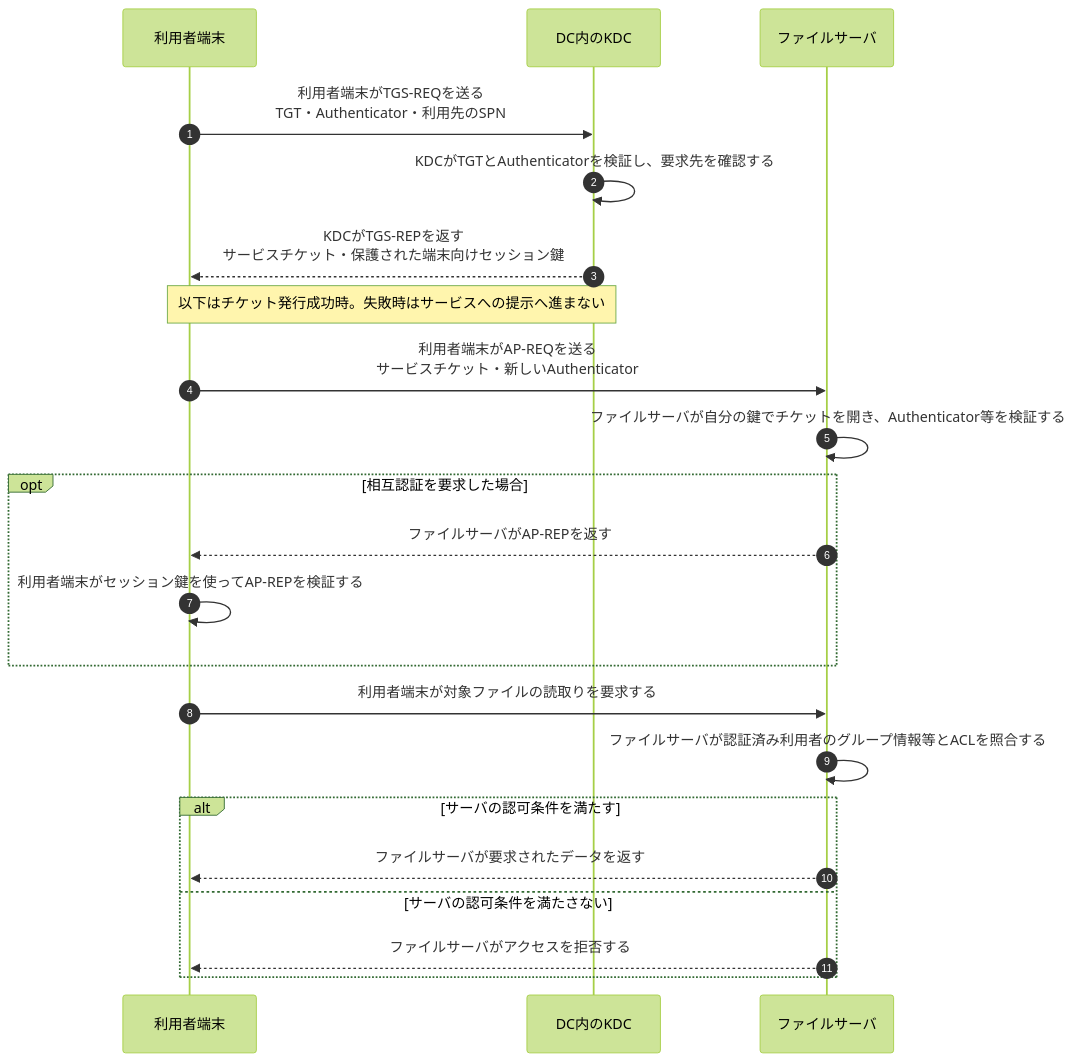
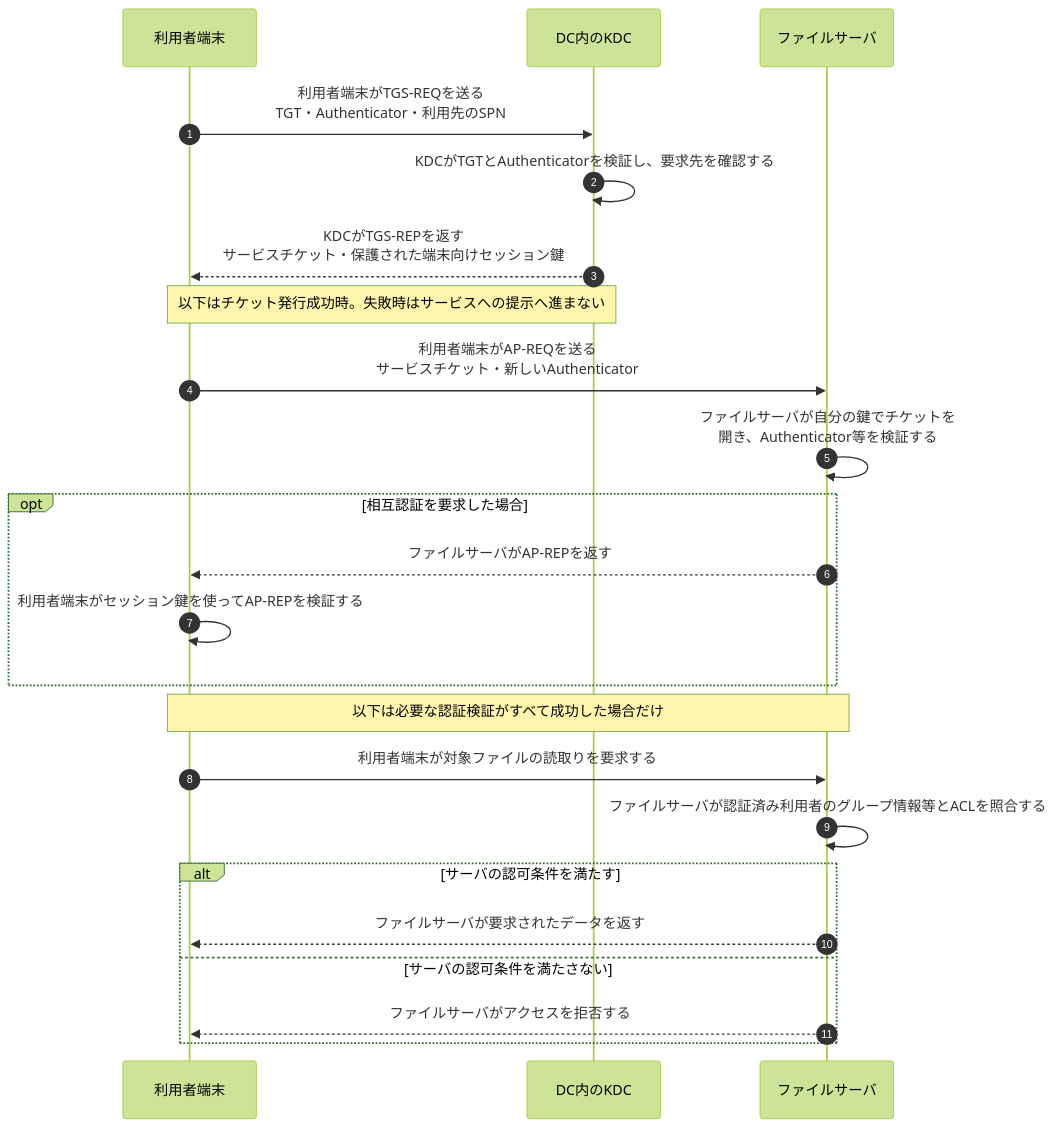
Before and after one commit to ryusuke2003/security-specialist-study: the second of 2 diagrams in 復習用/流れ図/ActiveDirectoryとKerberosのチケット認証.md, drawn with Mermaid (forest theme). The commit also changed other lines of this file and 7 other files, not shown here.

Commit message:
図の折り返しと認証失敗時の前提を整え検証結果と導線を更新

````diff
--- a/復習用/流れ図/ActiveDirectoryとKerberosのチケット認証.md
+++ b/復習用/流れ図/ActiveDirectoryとKerberosのチケット認証.md
@@ -32,25 +32,26 @@
 ```mermaid
 sequenceDiagram
     autonumber
     participant C as 利用者端末
     participant K as DC内のKDC
     participant S as ファイルサーバ
 
     C->>K: 利用者端末がTGS-REQを送る<br/>TGT・Authenticator・利用先のSPN
     K->>K: KDCがTGTとAuthenticatorを検証し、要求先を確認する
     K-->>C: KDCがTGS-REPを返す<br/>サービスチケット・保護された端末向けセッション鍵
     Note over C,K: 以下はチケット発行成功時。失敗時はサービスへの提示へ進まない
     C->>S: 利用者端末がAP-REQを送る<br/>サービスチケット・新しいAuthenticator
-    S->>S: ファイルサーバが自分の鍵でチケットを開き、Authenticator等を検証する
+    S->>S: ファイルサーバが自分の鍵でチケットを<br/>開き、Authenticator等を検証する
     opt 相互認証を要求した場合
         S-->>C: ファイルサーバがAP-REPを返す
         C->>C: 利用者端末がセッション鍵を使ってAP-REPを検証する
     end
+    Note over C,S: 以下は必要な認証検証がすべて成功した場合だけ
     C->>S: 利用者端末が対象ファイルの読取りを要求する
     S->>S: ファイルサーバが認証済み利用者のグループ情報等とACLを照合する
     alt サーバの認可条件を満たす
         S-->>C: ファイルサーバが要求されたデータを返す
     else サーバの認可条件を満たさない
         S-->>C: ファイルサーバがアクセスを拒否する
     end
 ```
````
